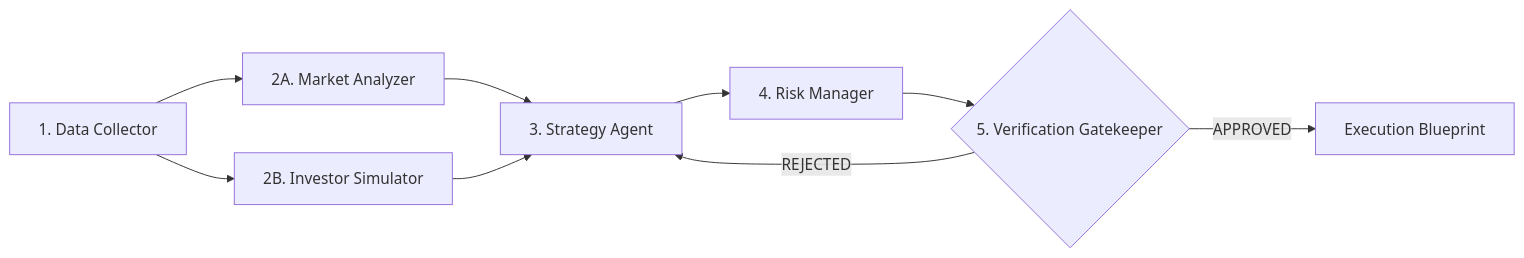
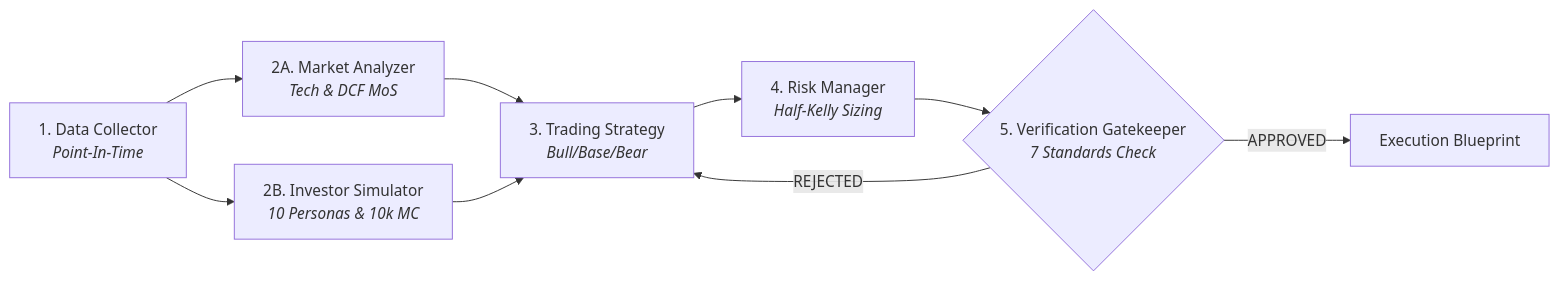
One commit to aminhp93/stock changed the diagram in AGENTS.md. Above: the diagram before and after it, drawn with Mermaid. The commit also changed other lines of this file and 44 other files, not shown here.

Commit message:
refactor: implement React frontend with Vite, add interactive charting, and optimize strategy entry/exit logic based on moving averages.

````diff
--- a/AGENTS.md
+++ b/AGENTS.md
@@ -53,11 +86,11 @@
 ```mermaid
 flowchart LR
-    S1[1. Data Collector] --> S2A[2A. Market Analyzer]
-    S1 --> S2B[2B. Investor Simulator]
-    S2A --> S3[3. Strategy Agent]
+    S1[1. Data Collector<br/><i>Point-In-Time</i>] --> S2A[2A. Market Analyzer<br/><i>Tech & DCF MoS</i>]
+    S1 --> S2B[2B. Investor Simulator<br/><i>10 Personas & 10k MC</i>]
+    S2A --> S3[3. Trading Strategy<br/><i>Bull/Base/Bear</i>]
     S2B --> S3
-    S3 --> S4[4. Risk Manager]
-    S4 --> S5{5. Verification Gatekeeper}
+    S3 --> S4[4. Risk Manager<br/><i>Half-Kelly Sizing</i>]
+    S4 --> S5{5. Verification Gatekeeper<br/><i>7 Standards Check</i>}
     S5 -- REJECTED --> S3
     S5 -- APPROVED --> EXEC[Execution Blueprint]
 ```
````
